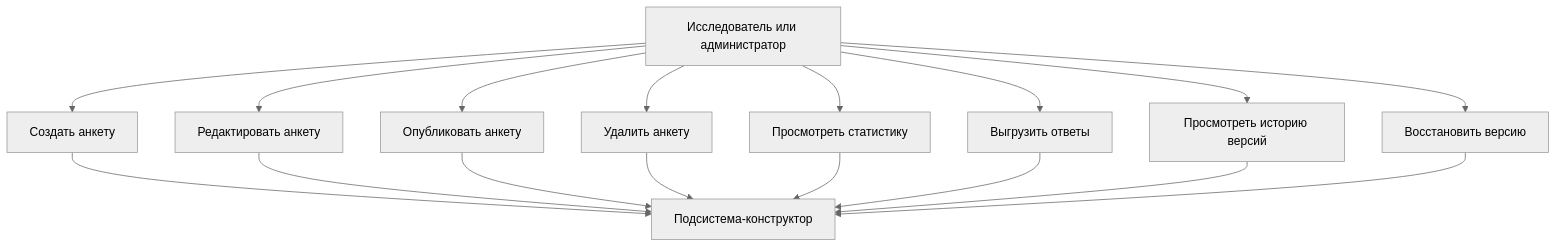
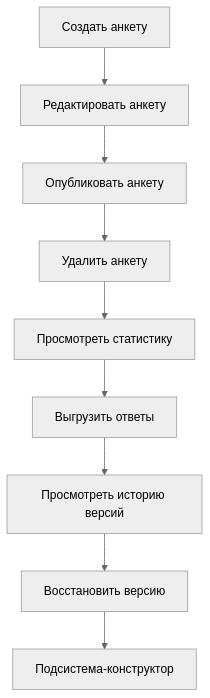
The first of 3 diagrams in docs/vkr-podsystema-konstruktor-anketirovaniya.md (sanya2905/survey-constructor-service), drawn with Mermaid (neutral theme) before and after one commit. The commit also changed other lines of this file and 1 other file, not shown here.

Commit message:
docs: узкие одноколоночные схемы Mermaid под лист А4

````diff
--- a/docs/vkr-podsystema-konstruktor-anketirovaniya.md
+++ b/docs/vkr-podsystema-konstruktor-anketirovaniya.md
@@ -70,30 +70,21 @@
 ```mermaid
 flowchart TD
-    A[Исследователь или администратор]
     B[Создать анкету]
     C[Редактировать анкету]
     D[Опубликовать анкету]
     E[Удалить анкету]
     F[Просмотреть статистику]
     G[Выгрузить ответы]
     H[Просмотреть историю версий]
     I[Восстановить версию]
     J[Подсистема-конструктор]
 
-    A --> B
-    A --> C
-    A --> D
-    A --> E
-    A --> F
-    A --> G
-    A --> H
-    A --> I
-    B --> J
-    C --> J
-    D --> J
-    E --> J
-    F --> J
-    G --> J
-    H --> J
+    B --> C
+    C --> D
+    D --> E
+    E --> F
+    F --> G
+    G --> H
+    H --> I
     I --> J
 ```
````
